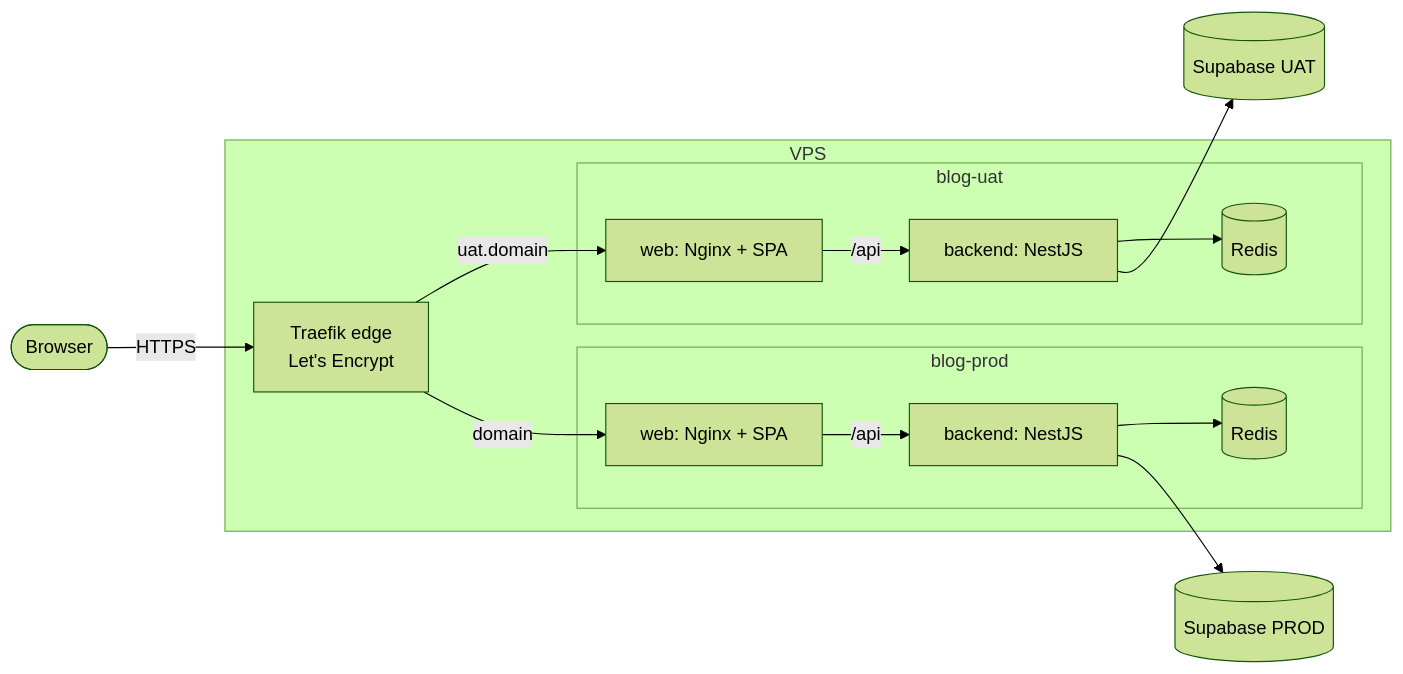
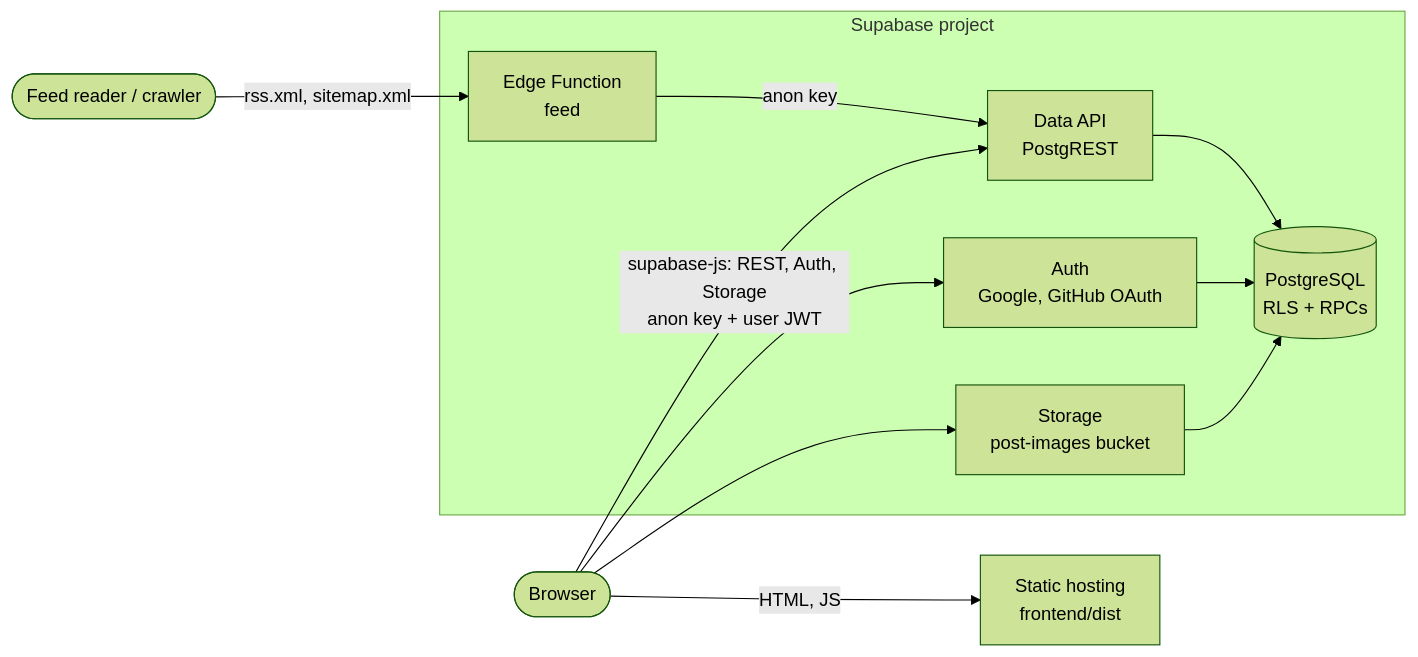
One commit to hoang170702/blog-l2m changed the diagram in README.md. Above: the diagram before and after it, drawn with Mermaid (forest theme). The commit also changed other lines of this file, not shown here.

Commit message:
docs: rewrite the README with a usage guide and architecture

````diff
--- a/README.md
+++ b/README.md
@@ -14,16 +31,15 @@
 ```mermaid
 flowchart LR
-  user([Browser]) -->|HTTPS| traefik[Traefik edge<br/>Let's Encrypt]
-  subgraph server[VPS]
-    traefik -->|uat.domain| uatweb[web: Nginx + SPA]
-    traefik -->|domain| prodweb[web: Nginx + SPA]
-    subgraph uat[blog-uat]
-      uatweb -->|/api| uatapi[backend: NestJS] --> uatredis[(Redis)]
-    end
-    subgraph prod[blog-prod]
-      prodweb -->|/api| prodapi[backend: NestJS] --> prodredis[(Redis)]
-    end
+  reader([Browser]) -->|HTML, JS| host[Static hosting<br/>frontend/dist]
+  reader -->|supabase-js: REST, Auth, Storage<br/>anon key + user JWT| api
+  crawler([Feed reader / crawler]) -->|rss.xml, sitemap.xml| feed
+
+  subgraph supabase[Supabase project]
+    api[Data API<br/>PostgREST] --> db[(PostgreSQL<br/>RLS + RPCs)]
+    auth[Auth<br/>Google, GitHub OAuth] --> db
+    storage[Storage<br/>post-images bucket] --> db
+    feed[Edge Function<br/>feed] -->|anon key| api
   end
-  uatapi --> uatdb[(Supabase UAT)]
-  prodapi --> proddb[(Supabase PROD)]
+  reader --> auth
+  reader --> storage
 ```
````
